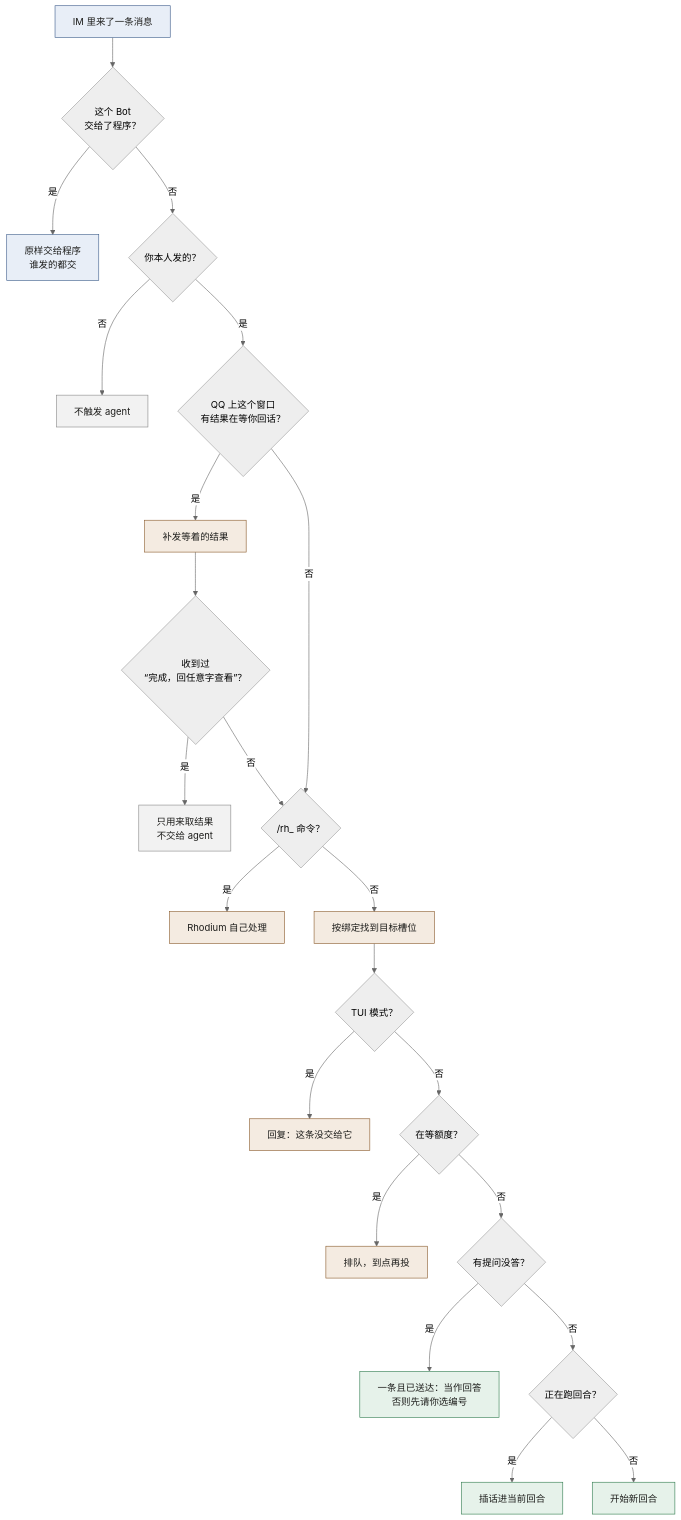
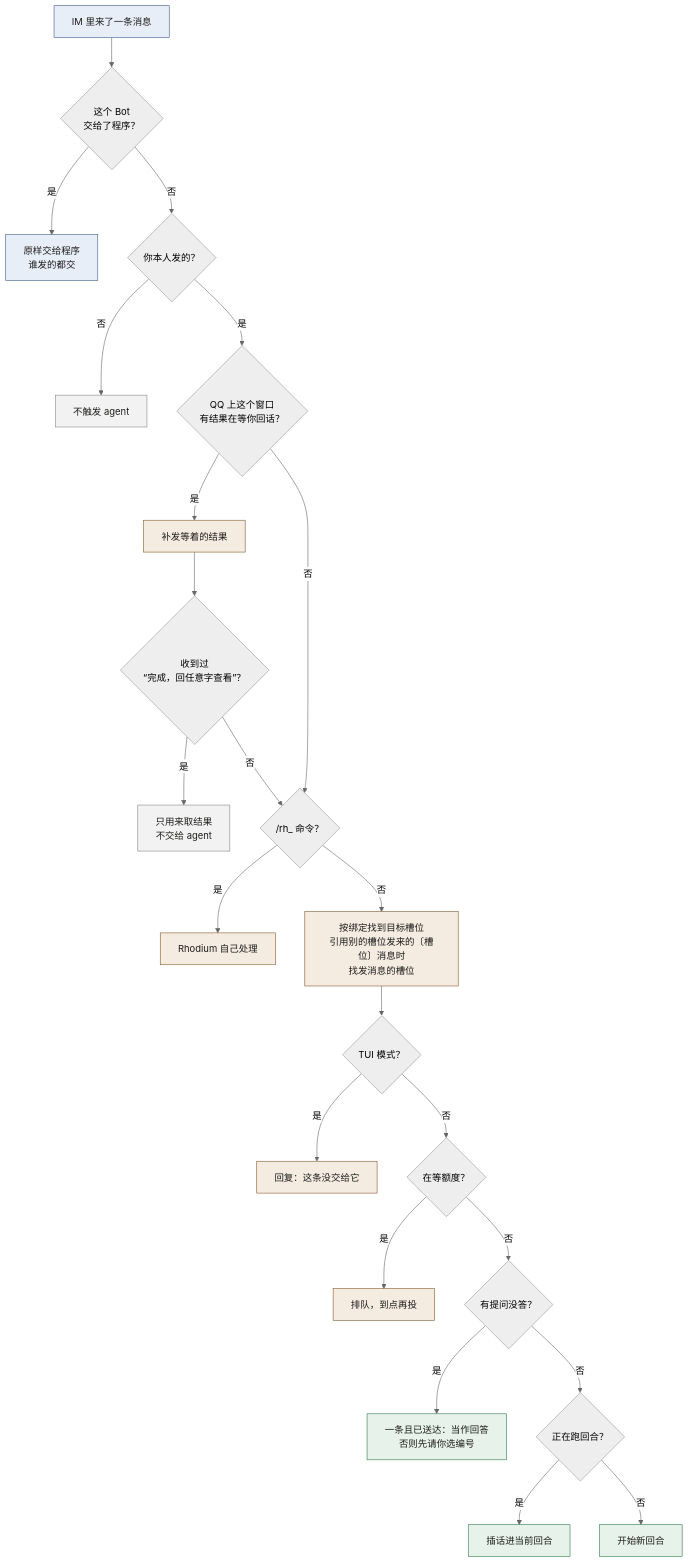
The fourth of 5 diagrams in docs/product.md (RhodiumTeam/Rhodium), drawn with Mermaid (neutral theme) before and after one commit. The commit also changed other lines of this file and 99 other files, not shown here.

````diff
--- a/docs/product.md
+++ b/docs/product.md
@@ -507,49 +519,49 @@
 ```mermaid
 flowchart TD
   classDef rh fill:#f4ebe1,stroke:#8a5a2b,color:#1d1d1b
   classDef agent fill:#e6f2ea,stroke:#2f7a4d,color:#1d1d1b
   classDef ext fill:#e8eef7,stroke:#3b5b8a,color:#1d1d1b
   classDef store fill:#f2f2f2,stroke:#888888,color:#1d1d1b
 
   M["IM 里来了一条消息"]:::ext
   P{"这个 Bot<br/>交给了程序？"}
   PA["原样交给程序<br/>谁发的都交"]:::ext
   O{"你本人发的？"}
   X["不触发 agent"]:::store
   H{"QQ 上这个窗口<br/>有结果在等你回话？"}
   HR["补发等着的结果"]:::rh
   HT{"收到过<br/>“完成，回任意字查看”？"}
   HX["只用来取结果<br/>不交给 agent"]:::store
   C{"/rh_ 命令？"}
   R["Rhodium 自己处理"]:::rh
-  T["按绑定找到目标槽位"]:::rh
+  T["按绑定找到目标槽位<br/>引用别的槽位发来的〔槽位〕消息时<br/>找发消息的槽位"]:::rh
   S1{"TUI 模式？"}
   TU["回复：这条没交给它"]:::rh
   S2{"在等额度？"}
   RL["排队，到点再投"]:::rh
   S3{"有提问没答？"}
   NY["一条且已送达：当作回答<br/>否则先请你选编号"]:::agent
   S4{"正在跑回合？"}
   ST["插话进当前回合"]:::agent
   NEW["开始新回合"]:::agent
 
   M --> P
   P -- "是" --> PA
   P -- "否" --> O
   O -- "否" --> X
   O -- "是" --> H
   H -- "否" --> C
   H -- "是" --> HR --> HT
   HT -- "是" --> HX
   HT -- "否" --> C
   C -- "是" --> R
   C -- "否" --> T --> S1
   S1 -- "是" --> TU
   S1 -- "否" --> S2
   S2 -- "是" --> RL
   S2 -- "否" --> S3
   S3 -- "是" --> NY
   S3 -- "否" --> S4
   S4 -- "是" --> ST
   S4 -- "否" --> NEW
 ```
````
